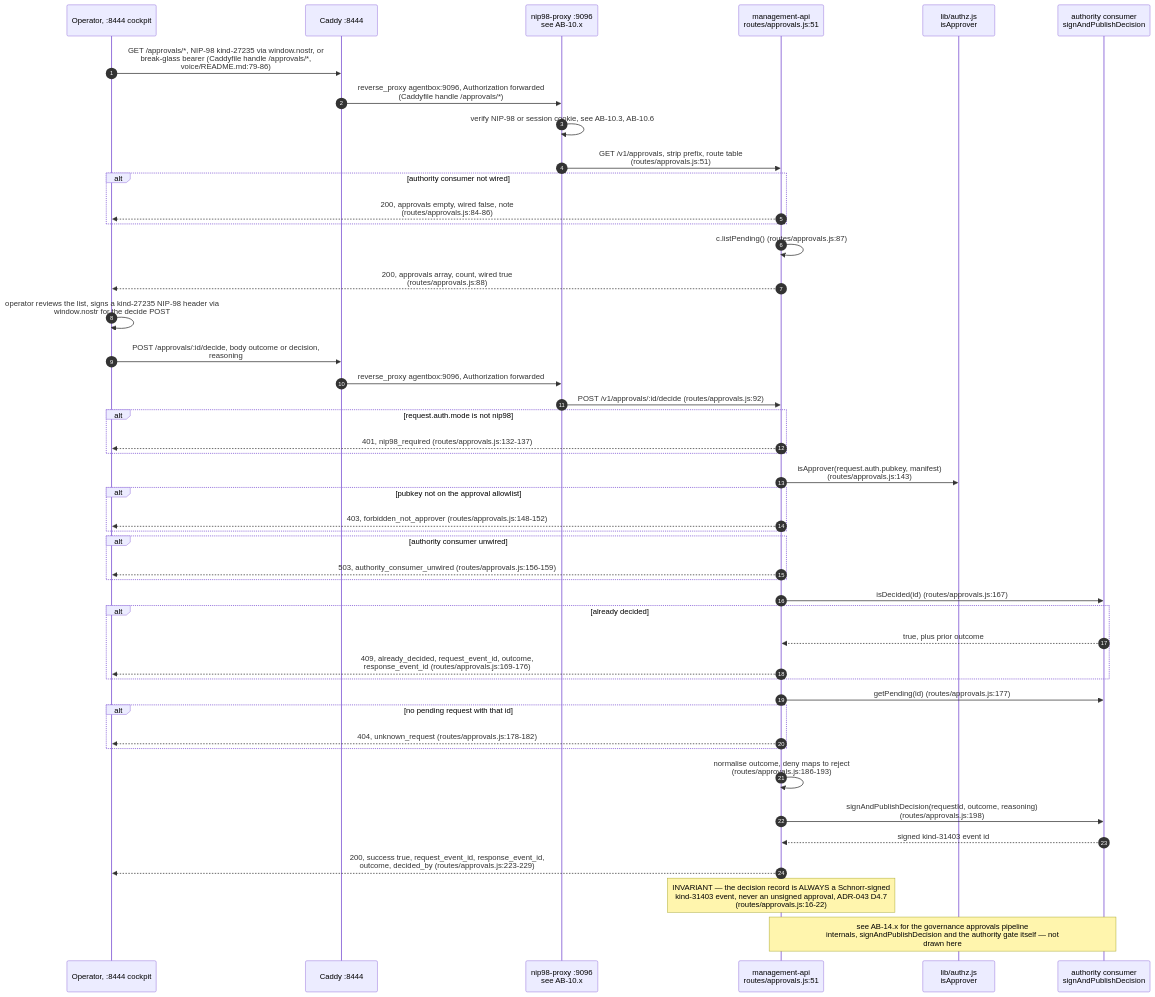
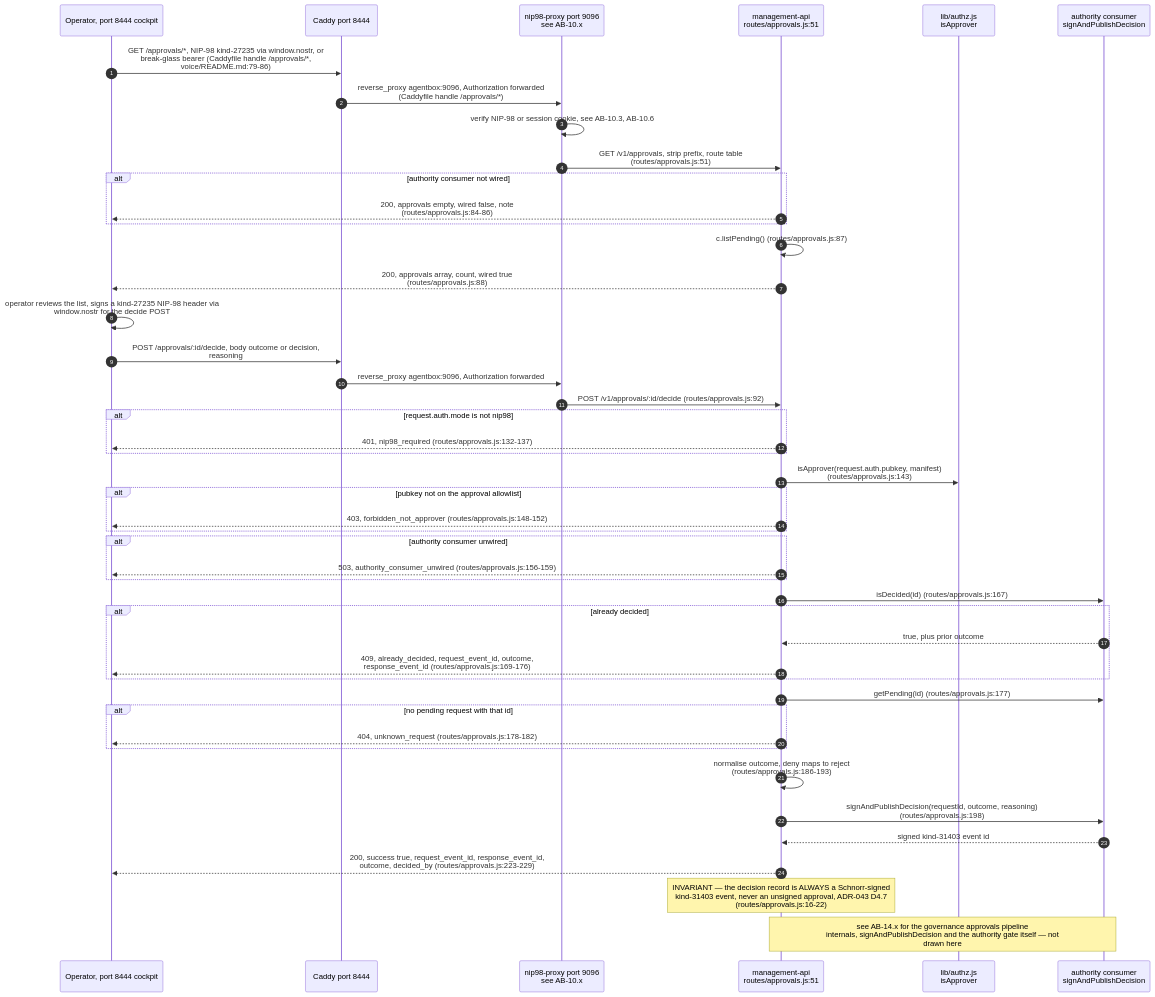
The ninth of 14 diagrams in docs/diagrams/agentbox/12-tab0-bridge-and-interaction-plane.md (DreamLab-AI/VisionFlow), drawn with Mermaid before and after one commit. The commit also changed other lines of this file and 52 other files, not shown here.

First line of the commit message:
docs(diagrams): wave 3 checkpoint — bare line refs resolved, revision-pinned cite-check, VC-05/AB-01..13 re-attested

````diff
--- a/docs/diagrams/agentbox/12-tab0-bridge-and-interaction-plane.md
+++ b/docs/diagrams/agentbox/12-tab0-bridge-and-interaction-plane.md
@@ -341,49 +341,49 @@
 ```mermaid
 sequenceDiagram
     autonumber
-    participant Op as Operator, :8444 cockpit
-    participant Cad as Caddy :8444
-    participant Pr as nip98-proxy :9096<br/>see AB-10.x
+    participant Op as Operator, port 8444 cockpit
+    participant Cad as Caddy port 8444
+    participant Pr as nip98-proxy port 9096<br/>see AB-10.x
     participant M as management-api<br/>routes/approvals.js:51
     participant Az as lib/authz.js<br/>isApprover
     participant Cs as authority consumer<br/>signAndPublishDecision
 
 Op->>Cad: GET /approvals/*, NIP-98 kind-27235 via window.nostr, or<br/>break-glass bearer (Caddyfile handle /approvals/*,<br/>voice/README.md:79-86)
 Cad->>Pr: reverse_proxy agentbox:9096, Authorization forwarded<br/>(Caddyfile handle /approvals/*)
     Pr->>Pr: verify NIP-98 or session cookie, see AB-10.3, AB-10.6
 Pr->>M: GET /v1/approvals, strip prefix, route table<br/>(routes/approvals.js:51)
     alt authority consumer not wired
 M-->>Op: 200, approvals empty, wired false, note<br/>(routes/approvals.js:84-86)
     end
     M->>M: c.listPending() (routes/approvals.js:87)
 M-->>Op: 200, approvals array, count, wired true<br/>(routes/approvals.js:88)
 Op->>Op: operator reviews the list, signs a kind-27235 NIP-98 header via<br/>window.nostr for the decide POST
 Op->>Cad: POST /approvals/:id/decide, body outcome or decision,<br/>reasoning
     Cad->>Pr: reverse_proxy agentbox:9096, Authorization forwarded
     Pr->>M: POST /v1/approvals/:id/decide (routes/approvals.js:92)
     alt request.auth.mode is not nip98
         M-->>Op: 401, nip98_required (routes/approvals.js:132-137)
     end
 M->>Az: isApprover(request.auth.pubkey, manifest)<br/>(routes/approvals.js:143)
     alt pubkey not on the approval allowlist
         M-->>Op: 403, forbidden_not_approver (routes/approvals.js:148-152)
     end
     alt authority consumer unwired
         M-->>Op: 503, authority_consumer_unwired (routes/approvals.js:156-159)
     end
     M->>Cs: isDecided(id) (routes/approvals.js:167)
     alt already decided
         Cs-->>M: true, plus prior outcome
 M-->>Op: 409, already_decided, request_event_id, outcome,<br/>response_event_id (routes/approvals.js:169-176)
     end
     M->>Cs: getPending(id) (routes/approvals.js:177)
     alt no pending request with that id
         M-->>Op: 404, unknown_request (routes/approvals.js:178-182)
     end
 M->>M: normalise outcome, deny maps to reject<br/>(routes/approvals.js:186-193)
 M->>Cs: signAndPublishDecision(requestId, outcome, reasoning)<br/>(routes/approvals.js:198)
     Cs-->>M: signed kind-31403 event id
 M-->>Op: 200, success true, request_event_id, response_event_id,<br/>outcome, decided_by (routes/approvals.js:223-229)
 Note over M: INVARIANT — the decision record is ALWAYS a Schnorr-signed<br/>kind-31403 event, never an unsigned approval, ADR-043 D4.7<br/>(routes/approvals.js:16-22)
 Note over M,Cs: see AB-14.x for the governance approvals pipeline<br/>internals, signAndPublishDecision and the authority gate itself — not<br/>drawn here
 ```
````
